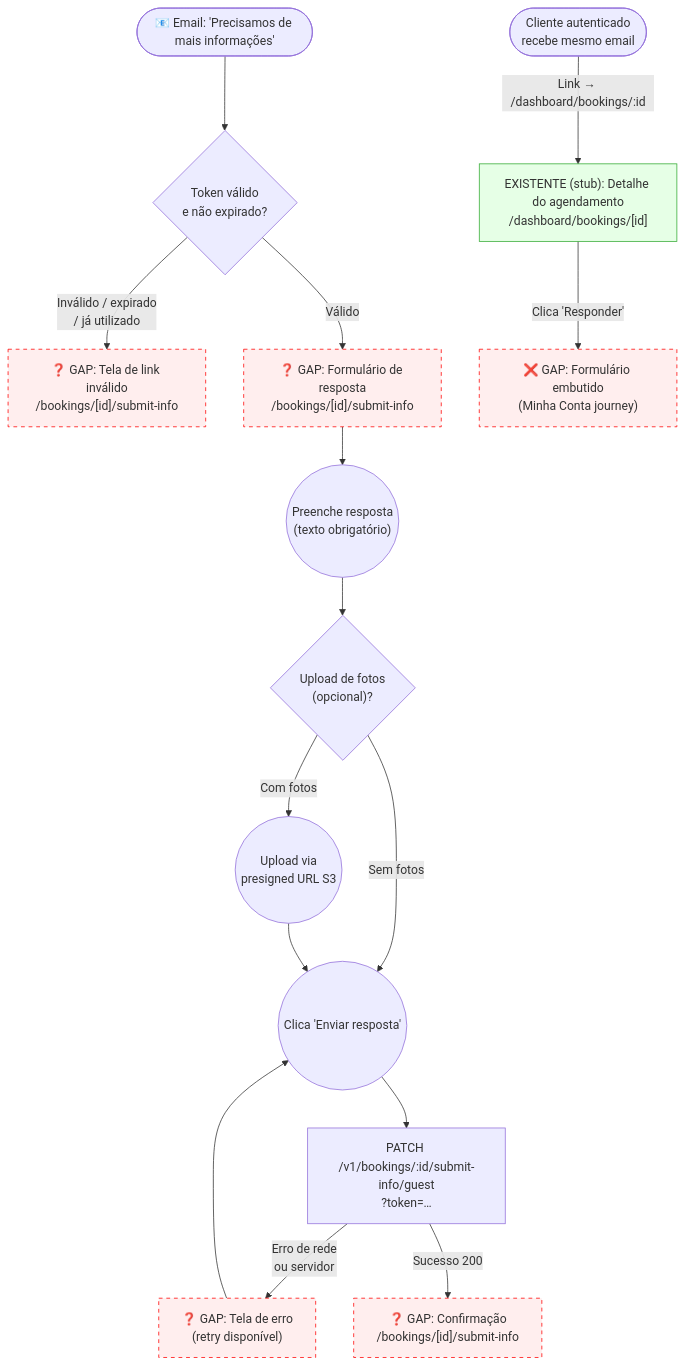
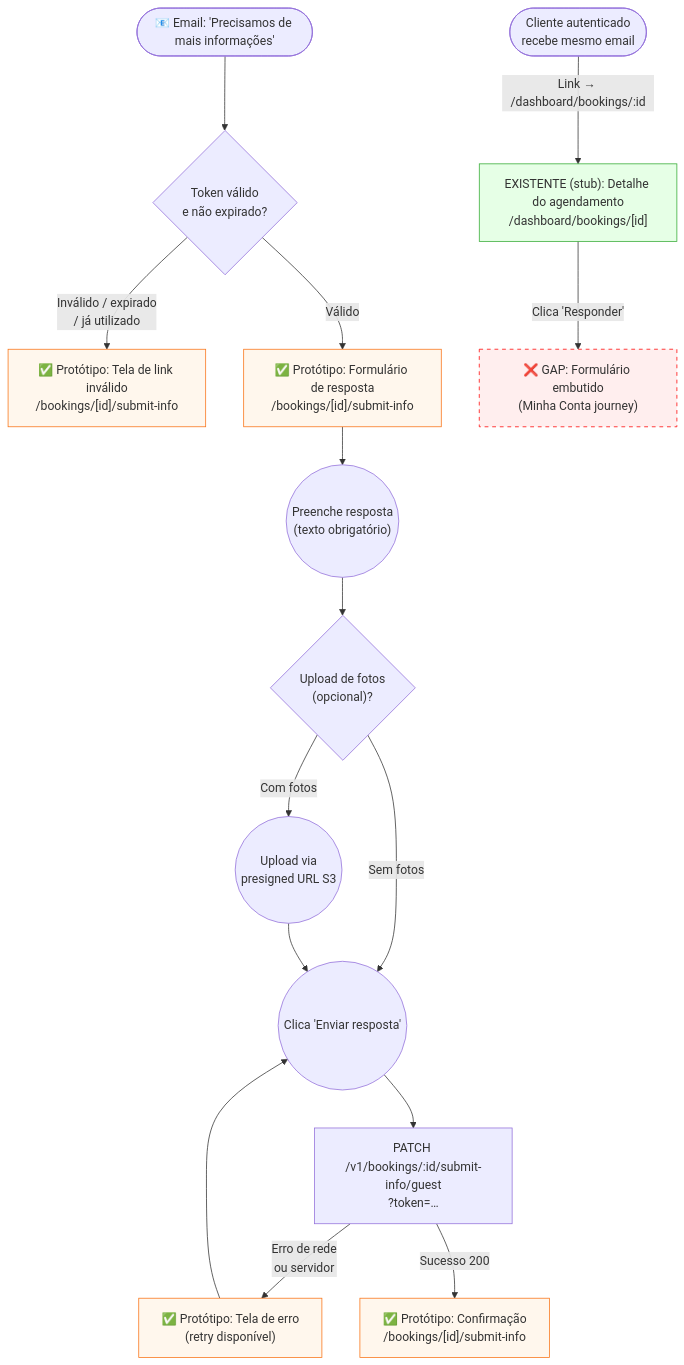
One commit to lmmoreira/beloauto changed the diagram in plan/journey/guest/submit-info.md. Above: the diagram before and after it, drawn with Mermaid. The commit also changed other lines of this file and 160 other files, not shown here.

````diff
--- a/plan/journey/guest/submit-info.md
+++ b/plan/journey/guest/submit-info.md
@@ -10,28 +10,30 @@
 ```mermaid
 flowchart TD
     Email(["📧 Email: 'Precisamos de mais informações'"])
     Email --> TokenDecode{"Token válido\ne não expirado?"}
 
-    TokenDecode -->|"Inválido / expirado\n/ já utilizado"| InvalidLink["❓ GAP: Tela de link inválido\n/bookings/[id]/submit-info"]
-    TokenDecode -->|"Válido"| Form["❓ GAP: Formulário de resposta\n/bookings/[id]/submit-info"]
+    TokenDecode -->|"Inválido / expirado\n/ já utilizado"| InvalidLink["✅ Protótipo: Tela de link inválido\n/bookings/[id]/submit-info"]
+    TokenDecode -->|"Válido"| Form["✅ Protótipo: Formulário de resposta\n/bookings/[id]/submit-info"]
 
     Form --> FillText(("Preenche resposta\n(texto obrigatório)"))
     FillText --> PhotoOpt{"Upload de fotos\n(opcional)?"}
     PhotoOpt -->|"Sem fotos"| Submit
     PhotoOpt -->|"Com fotos"| Upload(("Upload via\npresigned URL S3"))
     Upload --> Submit(("Clica 'Enviar resposta'"))
 
     Submit --> API["PATCH /v1/bookings/:id/submit-info/guest\n?token=…"]
-    API -->|"Erro de rede\nou servidor"| ErrRetry["❓ GAP: Tela de erro\n(retry disponível)"]
+    API -->|"Erro de rede\nou servidor"| ErrRetry["✅ Protótipo: Tela de erro\n(retry disponível)"]
     ErrRetry --> Submit
-    API -->|"Sucesso 200"| Success["❓ GAP: Confirmação\n/bookings/[id]/submit-info"]
+    API -->|"Sucesso 200"| Success["✅ Protótipo: Confirmação\n/bookings/[id]/submit-info"]
 
     AuthCustomer(["Cliente autenticado\nrecebe mesmo email"])
     AuthCustomer -->|"Link → /dashboard/bookings/:id"| DashDetail["EXISTENTE (stub): Detalhe do agendamento\n/dashboard/bookings/[id]"]
     DashDetail -->|"Clica 'Responder'"| CustomerForm["❌ GAP: Formulário embutido\n(Minha Conta journey)"]
 
     classDef gap stroke:#f00,stroke-dasharray: 5 5,fill:#fee
     classDef existing fill:#e6ffe6,stroke:#3a3
-    class InvalidLink,Form,ErrRetry,Success,CustomerForm gap
+    classDef prototyped fill:#fff7ed,stroke:#f97316
+    class CustomerForm gap
     class DashDetail existing
+    class InvalidLink,Form,ErrRetry,Success prototyped
 ```
````
